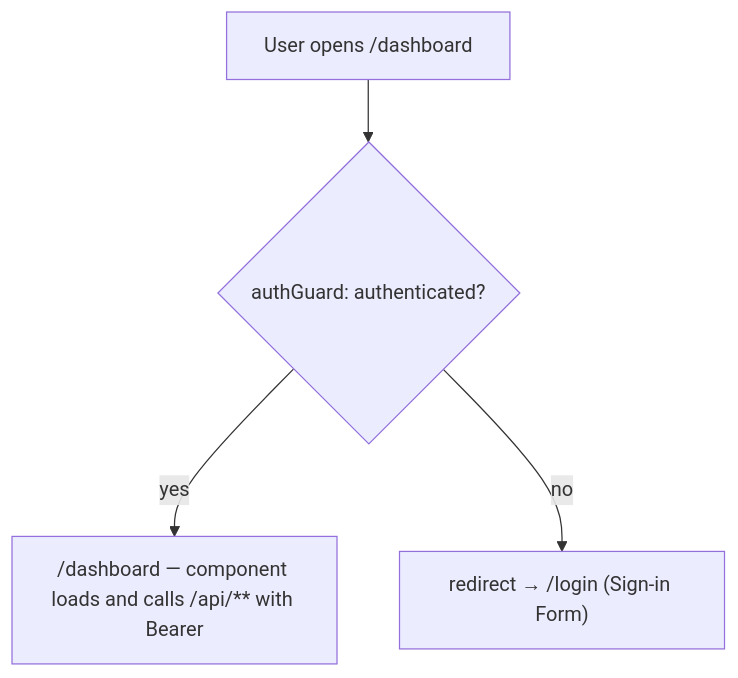
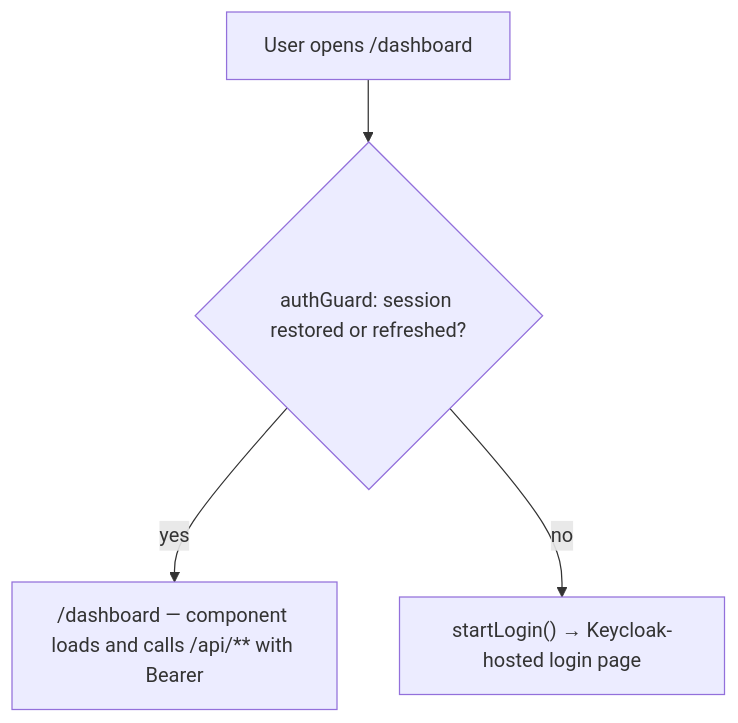
One commit to MatheusWith/Rumoo changed the fourth of 6 diagrams in docs/auth/authentication-authorization.md. Above: the diagram before and after it, drawn with Mermaid. The commit also changed other lines of this file and 20 other files, not shown here.

````diff
--- a/docs/auth/authentication-authorization.md
+++ b/docs/auth/authentication-authorization.md
@@ -248,6 +247,6 @@
 ```mermaid
 flowchart TD
-    A["User opens /dashboard"] --> B{authGuard: authenticated?}
+    A["User opens /dashboard"] --> B{authGuard: session restored or refreshed?}
     B -->|"yes"| C["/dashboard — component loads and calls /api/** with Bearer"]
-    B -->|"no"| D["redirect → /login (Sign-in Form)"]
+    B -->|"no"| D["startLogin() → Keycloak-hosted login page"]
 ```
````
